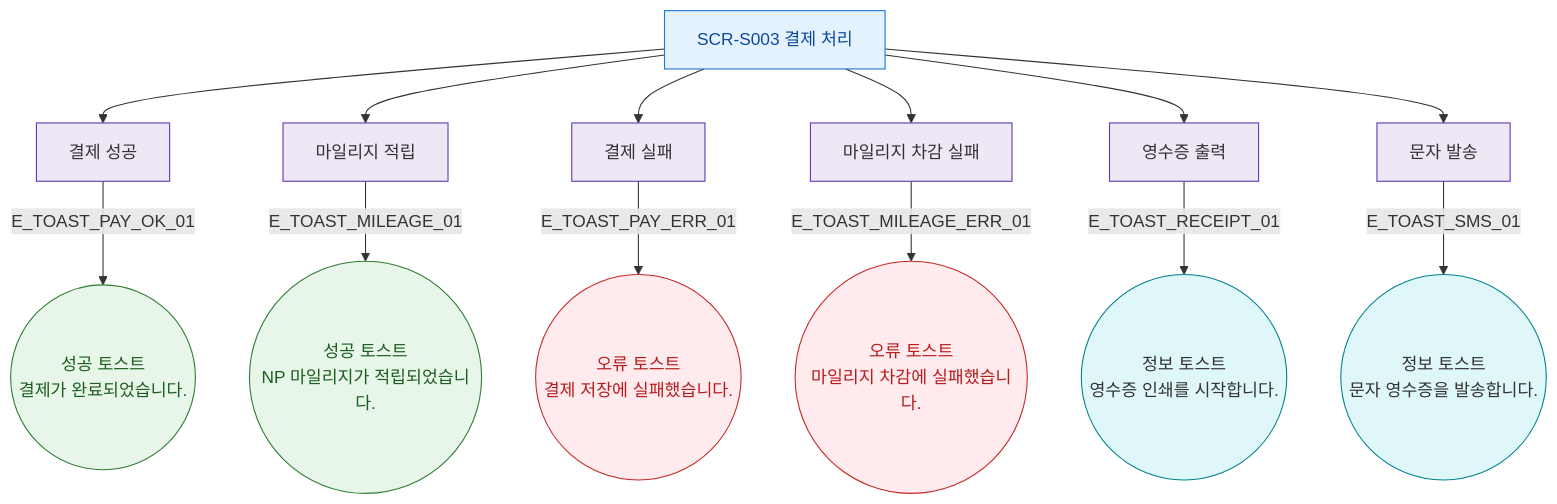
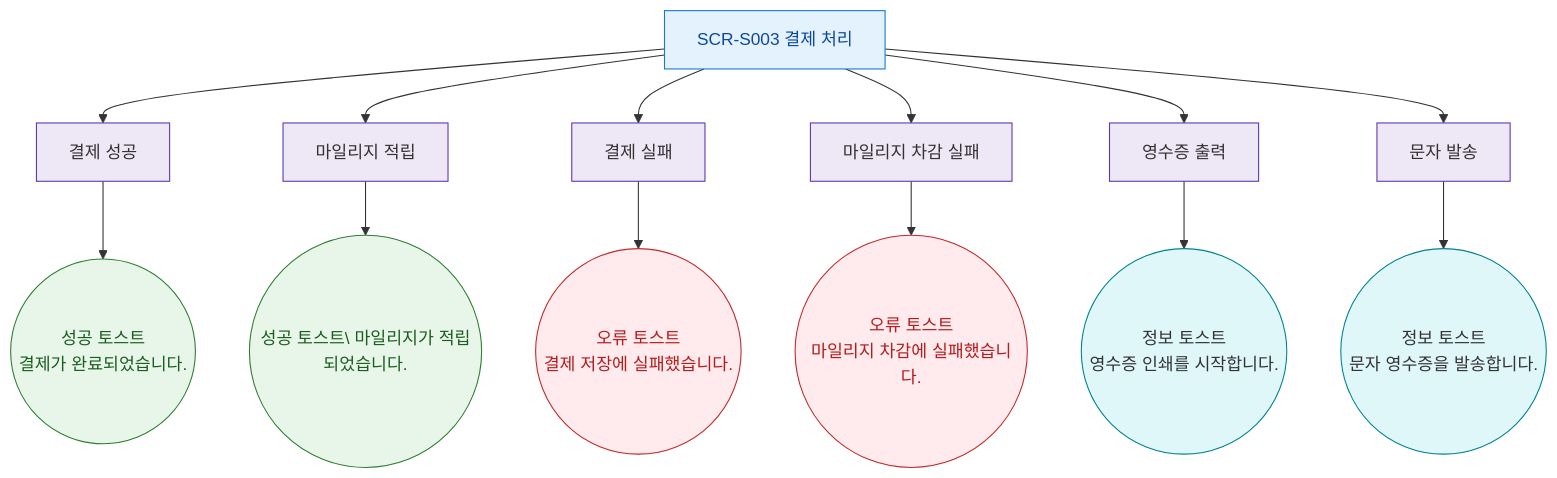
The diagram in docs/다이어그램/D03_매출관리/SCR-S003_결제처리/F9_토스트.md (dev-spogym/admin-pando), drawn with Mermaid before and after one commit. The commit also changed other lines of this file and 1660 other files, not shown here.

First line of the commit message:
다이어그램: 기획자/클라이언트 납품본으로 정리

````diff
--- a/docs/다이어그램/D03_매출관리/SCR-S003_결제처리/F9_토스트.md
+++ b/docs/다이어그램/D03_매출관리/SCR-S003_결제처리/F9_토스트.md
@@ -20,30 +18,30 @@
 ```mermaid
 flowchart TD
     S003[SCR-S003 결제 처리]
 
     S003 --> EVT_PAY_OK[결제 성공]
     S003 --> EVT_MILEAGE[마일리지 적립]
     S003 --> EVT_PAY_ERR[결제 실패]
     S003 --> EVT_MILEAGE_ERR[마일리지 차감 실패]
     S003 --> EVT_RECEIPT[영수증 출력]
     S003 --> EVT_SMS[문자 발송]
 
-    EVT_PAY_OK -->|E_TOAST_PAY_OK_01| TOAST_S_PAY((성공 토스트\n결제가 완료되었습니다.))
-    EVT_MILEAGE -->|E_TOAST_MILEAGE_01| TOAST_S_MILEAGE((성공 토스트\nNP 마일리지가 적립되었습니다.))
-    EVT_PAY_ERR -->|E_TOAST_PAY_ERR_01| TOAST_E_PAY((오류 토스트\n결제 저장에 실패했습니다.))
-    EVT_MILEAGE_ERR -->|E_TOAST_MILEAGE_ERR_01| TOAST_E_MILEAGE((오류 토스트\n마일리지 차감에 실패했습니다.))
-    EVT_RECEIPT -->|E_TOAST_RECEIPT_01| TOAST_I_RECEIPT((정보 토스트\n영수증 인쇄를 시작합니다.))
-    EVT_SMS -->|E_TOAST_SMS_01| TOAST_I_SMS((정보 토스트\n문자 영수증을 발송합니다.))
+    EVT_PAY_OK --> TOAST_S_PAY((성공 토스트\n결제가 완료되었습니다.))
+    EVT_MILEAGE --> TOAST_S_MILEAGE((성공 토스트\ 마일리지가 적립되었습니다.))
+    EVT_PAY_ERR --> TOAST_E_PAY((오류 토스트\n결제 저장에 실패했습니다.))
+    EVT_MILEAGE_ERR --> TOAST_E_MILEAGE((오류 토스트\n마일리지 차감에 실패했습니다.))
+    EVT_RECEIPT --> TOAST_I_RECEIPT((정보 토스트\n영수증 인쇄를 시작합니다.))
+    EVT_SMS --> TOAST_I_SMS((정보 토스트\n문자 영수증을 발송합니다.))
 
     classDef screen fill:#E3F2FD,stroke:#1976D2,color:#0D47A1
     classDef success fill:#E8F5E9,stroke:#2E7D32,color:#1B5E20
     classDef error fill:#FFEBEE,stroke:#C62828,color:#B71C1C
     classDef info fill:#E0F7FA,stroke:#00838F
     classDef system fill:#EDE7F6,stroke:#5E35B2
 
     class S003 screen
     class TOAST_S_PAY,TOAST_S_MILEAGE success
     class TOAST_E_PAY,TOAST_E_MILEAGE error
     class TOAST_I_RECEIPT,TOAST_I_SMS info
     class EVT_PAY_OK,EVT_MILEAGE,EVT_PAY_ERR,EVT_MILEAGE_ERR,EVT_RECEIPT,EVT_SMS system
 ```
````
